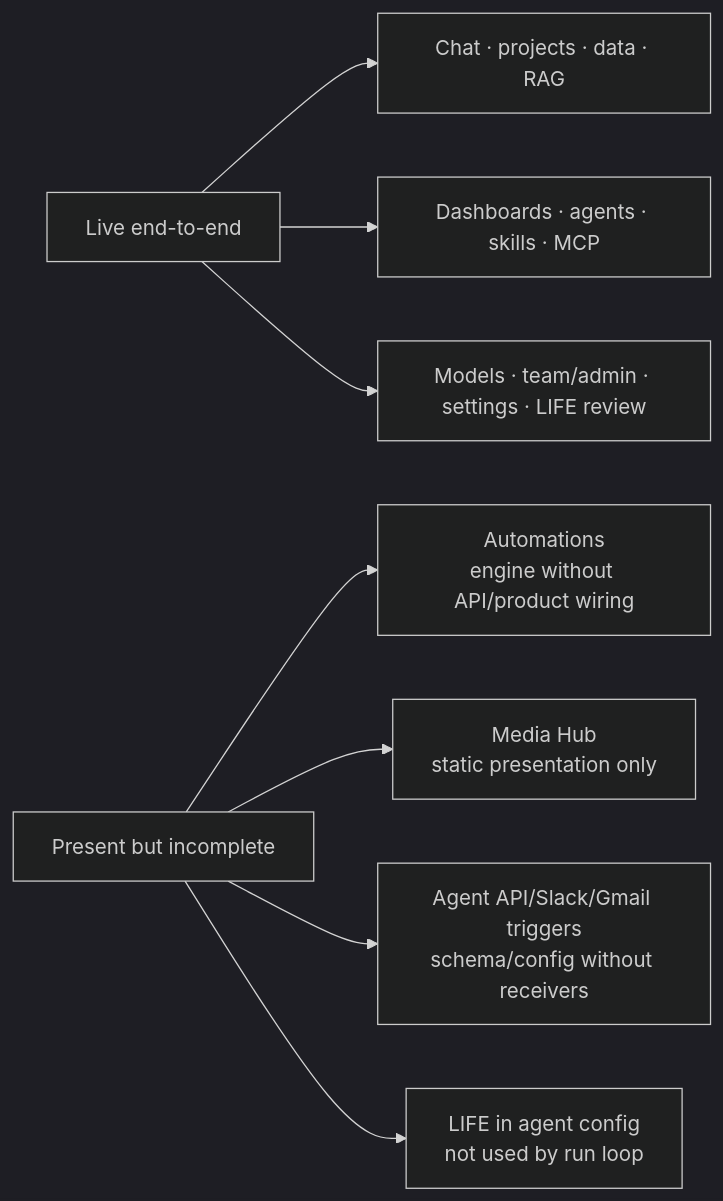
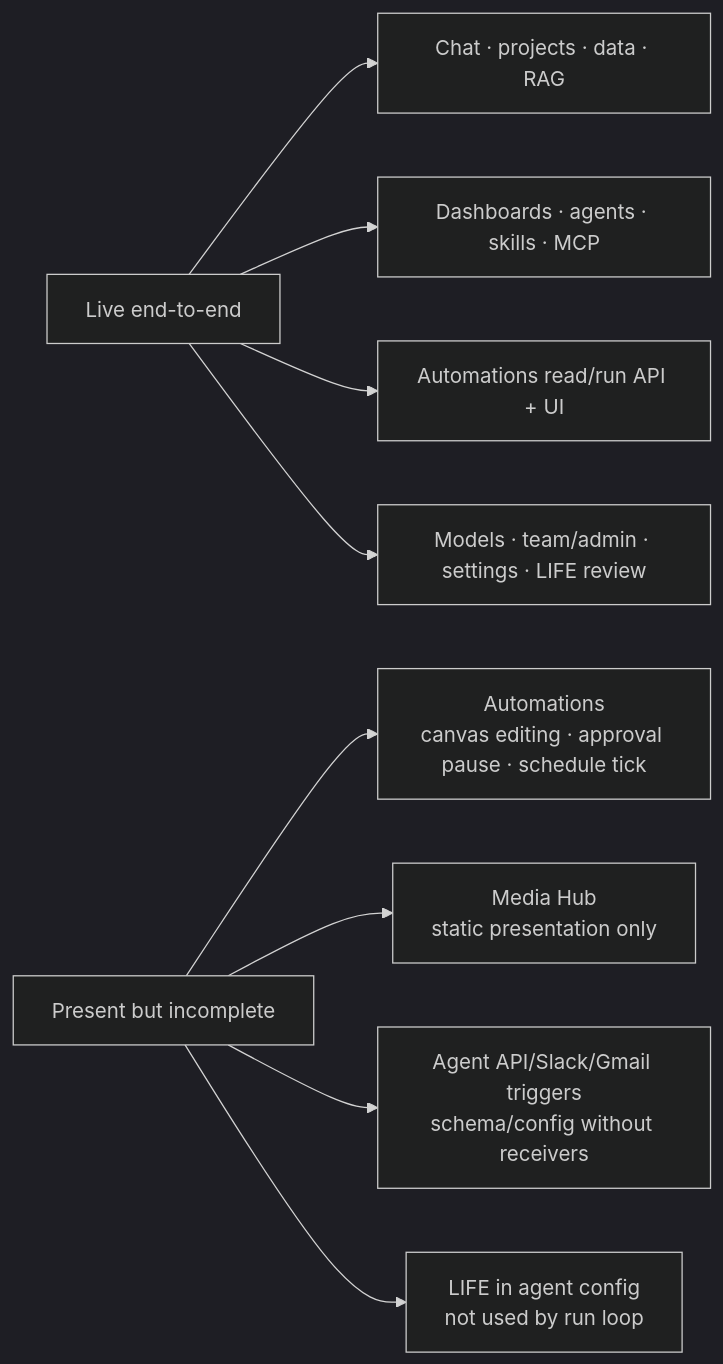
Before and after one commit to zaidt156/Orrery: diagram 21 of 21 in ARCHITECTURE.md, drawn with Mermaid (dark theme). The commit also changed other lines of this file and 11 other files, not shown here.

````diff
--- a/ARCHITECTURE.md
+++ b/ARCHITECTURE.md
@@ -695,11 +712,12 @@
 ```mermaid
 flowchart LR
     live["Live end-to-end"] --> a["Chat · projects · data · RAG"]
     live --> b["Dashboards · agents · skills · MCP"]
+    live --> h["Automations read/run API + UI"]
     live --> c["Models · team/admin · settings · LIFE review"]
 
-    partial["Present but incomplete"] --> d["Automations<br/>engine without API/product wiring"]
+    partial["Present but incomplete"] --> d["Automations<br/>canvas editing · approval pause · schedule tick"]
     partial --> e["Media Hub<br/>static presentation only"]
     partial --> f["Agent API/Slack/Gmail triggers<br/>schema/config without receivers"]
     partial --> g["LIFE in agent config<br/>not used by run loop"]
 ```
````
